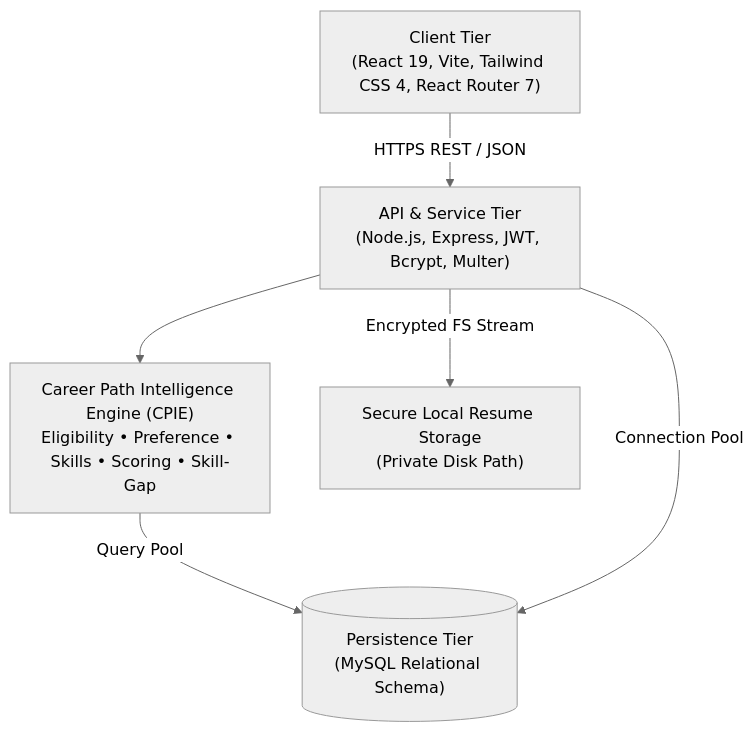
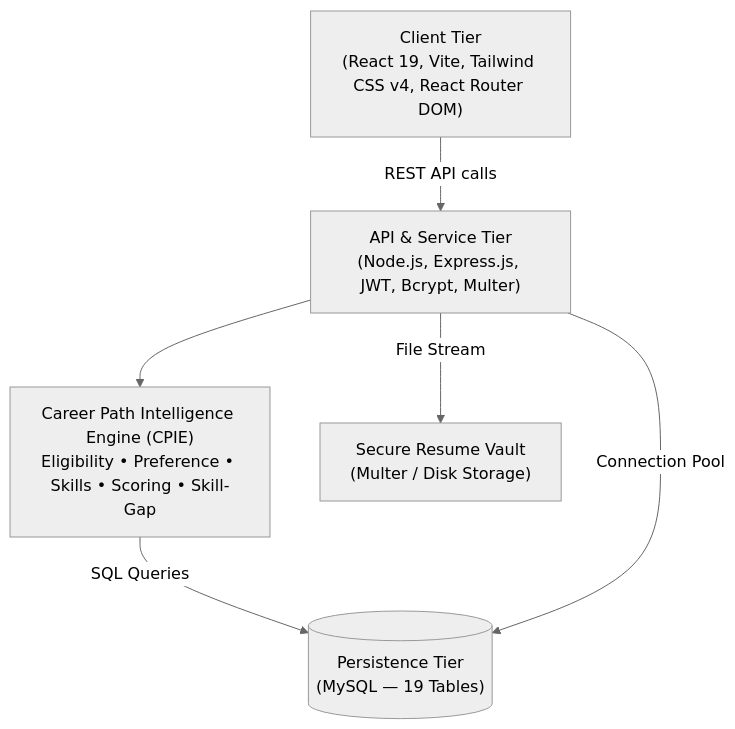
The diagram in README.md (daniyaa1/PlaceWise), drawn with Mermaid (neutral theme) before and after one commit. The commit also changed other lines of this file, not shown here.

Commit message:
docs: complete README rewrite with full stack details, CPIE engine, all 19 pages, API reference, deployment guide and project structure

````diff
--- a/README.md
+++ b/README.md
@@ -34,14 +78,14 @@
 ```mermaid
 graph TD
-    Client["Client Tier<br/>(React 19, Vite, Tailwind CSS 4, React Router 7)"]
-    API["API & Service Tier<br/>(Node.js, Express, JWT, Bcrypt, Multer)"]
+    Client["Client Tier<br/>(React 19, Vite, Tailwind CSS v4, React Router DOM)"]
+    API["API & Service Tier<br/>(Node.js, Express.js, JWT, Bcrypt, Multer)"]
     CPIE["Career Path Intelligence Engine (CPIE)<br/>Eligibility • Preference • Skills • Scoring • Skill-Gap"]
-    DB[("Persistence Tier<br/>(MySQL Relational Schema)")]
-    Vault["Secure Local Resume Storage<br/>(Private Disk Path)"]
+    DB[("Persistence Tier<br/>(MySQL — 19 Tables)")]
+    Vault["Secure Resume Vault<br/>(Multer / Disk Storage)"]
 
-    Client -->|HTTPS REST / JSON| API
+    Client -->|REST API calls| API
     API --> CPIE
-    CPIE -->|Query Pool| DB
+    CPIE -->|SQL Queries| DB
     API -->|Connection Pool| DB
-    API -->|Encrypted FS Stream| Vault
+    API -->|File Stream| Vault
 ```
````
